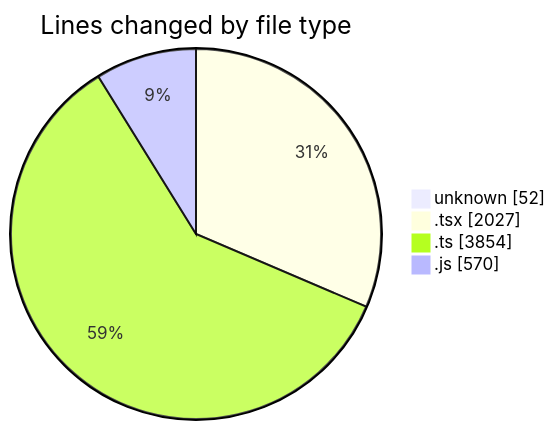
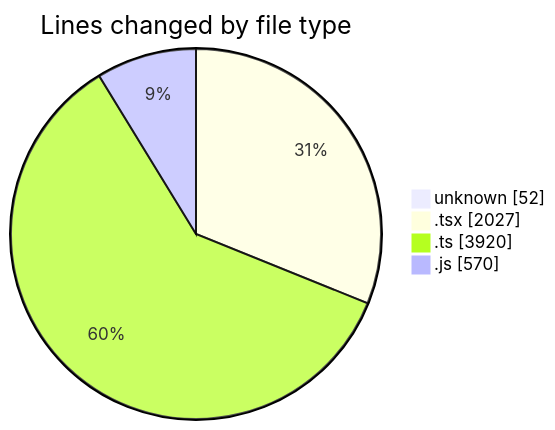
One commit to CELIANVF/code-tracking changed the first of 2 diagrams in 2025-06-02/ecodeli-1/README.md. Above: the diagram before and after it, drawn with Mermaid. The commit also changed other lines of this file and 1 other file, not shown here.

````diff
--- a/2025-06-02/ecodeli-1/README.md
+++ b/2025-06-02/ecodeli-1/README.md
@@ -58,8 +58,8 @@
 ```mermaid
 pie showData
 title Lines changed by file type
 "unknown" : 52
 ".tsx" : 2027
-".ts" : 3854
+".ts" : 3920
 ".js" : 570
 ```
````
